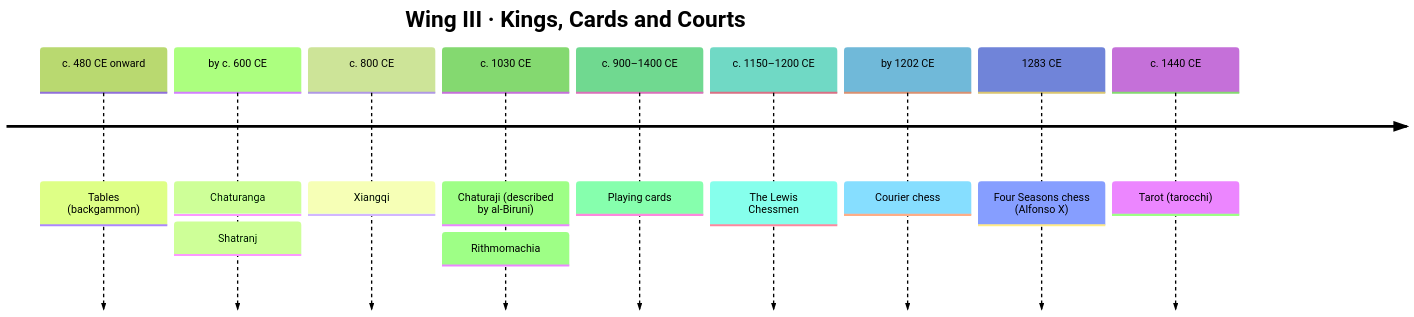
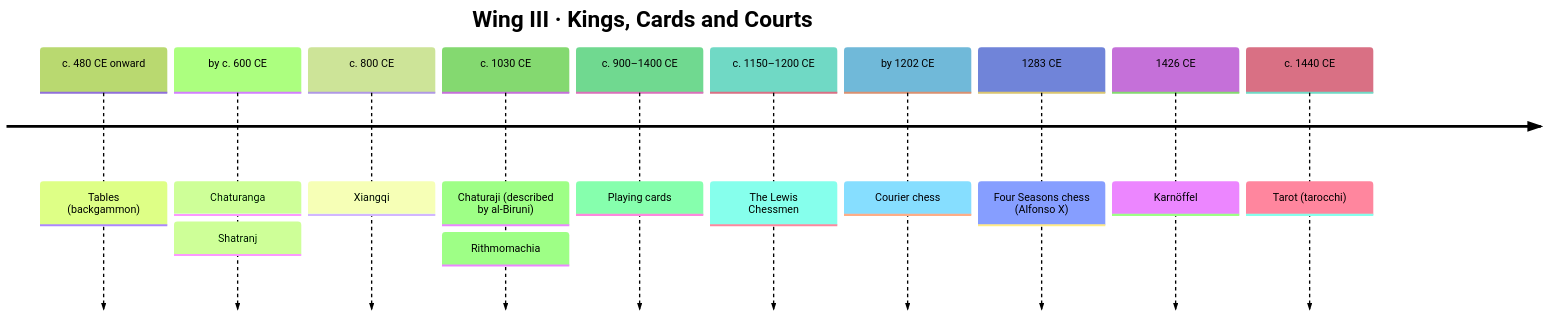
Before and after one commit to CptNope/Librarium-Archives: the fifth of 8 diagrams in docs/exhibits.md, drawn with Mermaid (forest theme). The commit also changed other lines of this file and 47 other files, not shown here.

````diff
--- a/docs/exhibits.md
+++ b/docs/exhibits.md
@@ -104,13 +104,14 @@
 ```mermaid
 timeline
     title Wing III · Kings, Cards and Courts
     c. 480 CE onward : Tables (backgammon)
     by c. 600 CE : Chaturanga : Shatranj
     c. 800 CE : Xiangqi
     c. 1030 CE : Chaturaji (described by al-Biruni) : Rithmomachia
     c. 900–1400 CE : Playing cards
     c. 1150–1200 CE : The Lewis Chessmen
     by 1202 CE : Courier chess
     1283 CE : Four Seasons chess (Alfonso X)
+    1426 CE : Karnöffel
     c. 1440 CE : Tarot (tarocchi)
 ```
````
